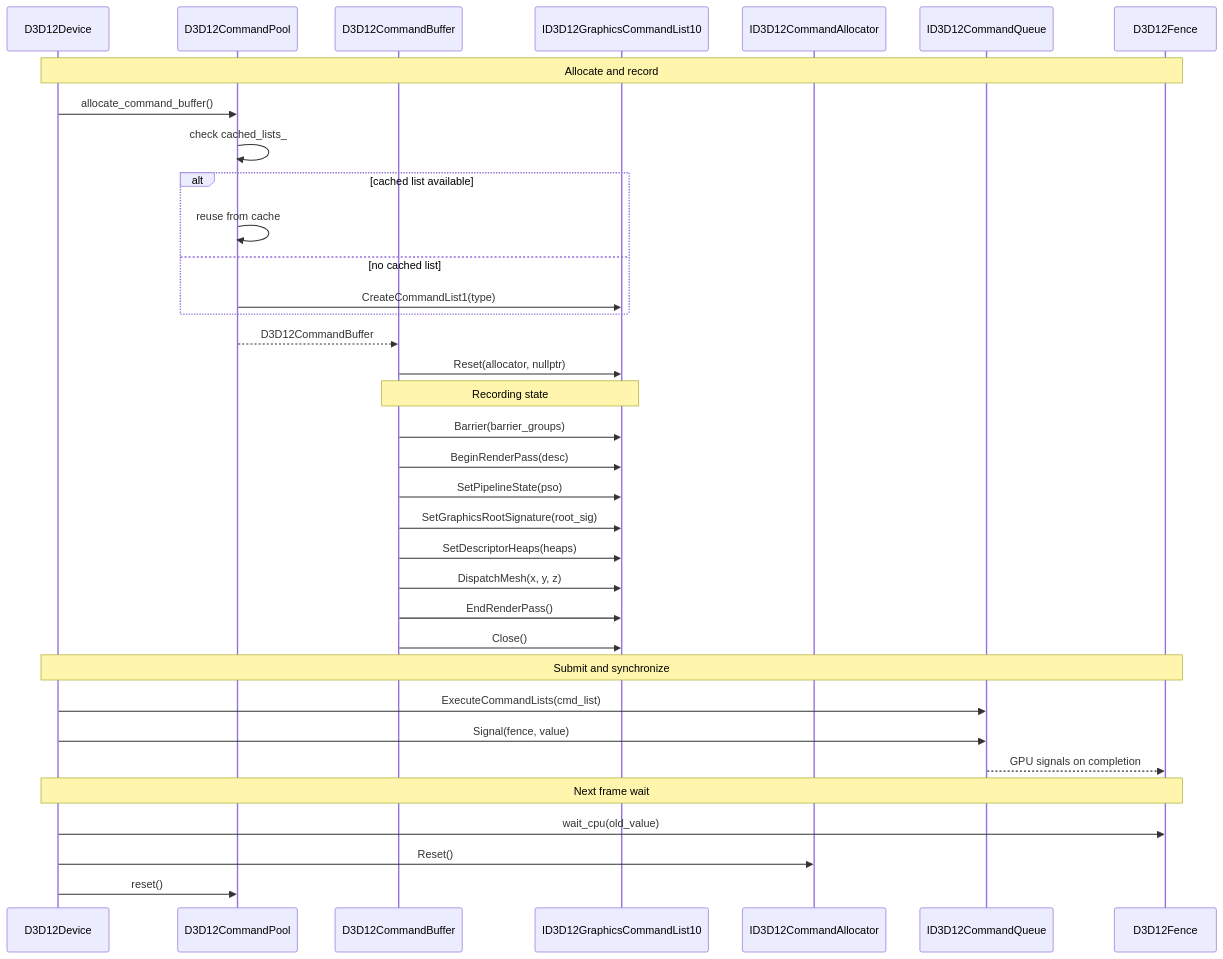
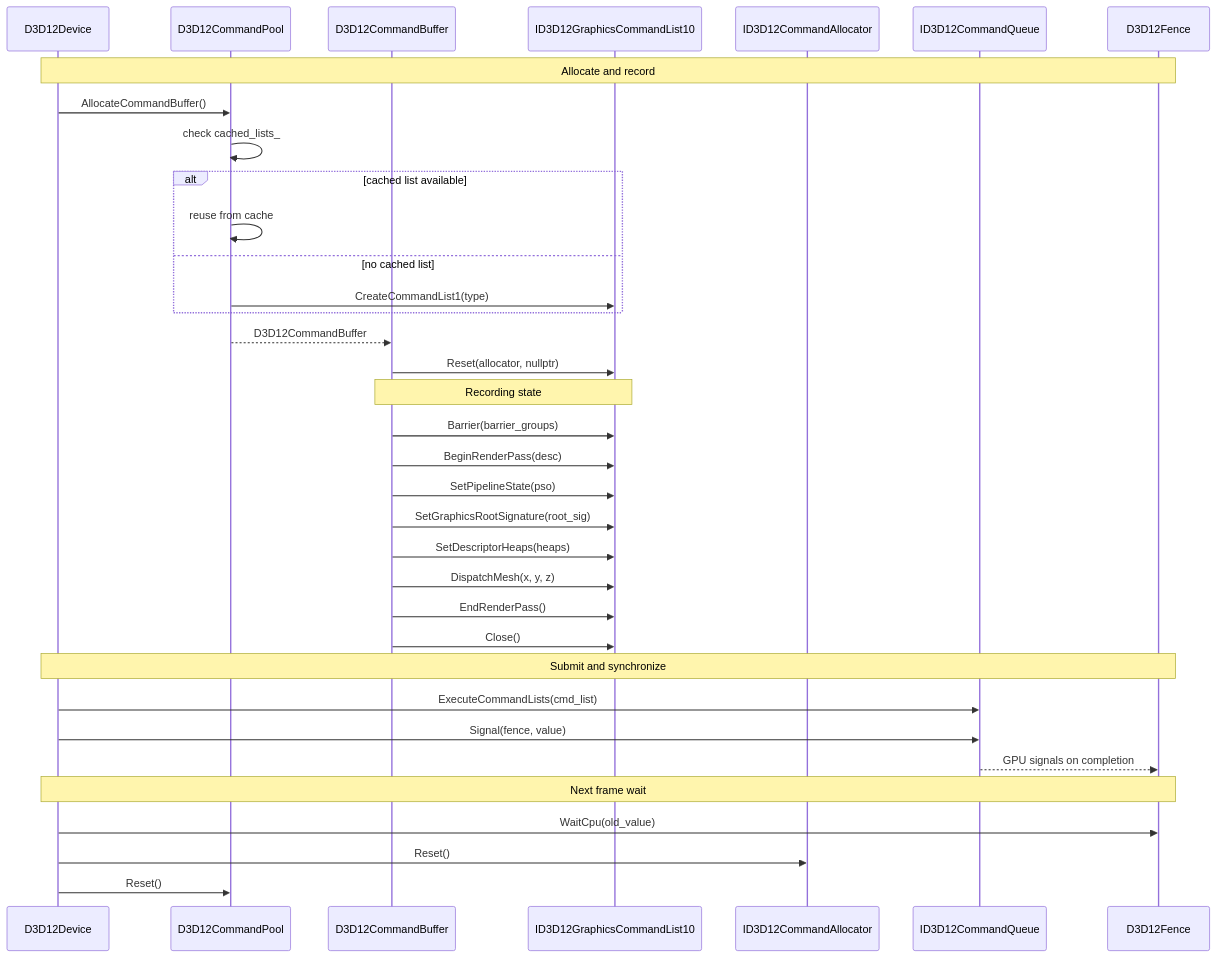
One commit to harmonius-dev/harmonius changed the seventh of 9 diagrams in docs/design/gpu-backend-d3d12-classes.md. Above: the diagram before and after it, drawn with Mermaid. The commit also changed other lines of this file and 67 other files, not shown here.

````diff
--- a/docs/design/gpu-backend-d3d12-classes.md
+++ b/docs/design/gpu-backend-d3d12-classes.md
@@ -504,45 +504,45 @@
 ```mermaid
 sequenceDiagram
     participant Dev as D3D12Device
     participant Pool as D3D12CommandPool
     participant Cmd as D3D12CommandBuffer
     participant List as ID3D12GraphicsCommandList10
     participant Alloc as ID3D12CommandAllocator
     participant Queue as ID3D12CommandQueue
     participant Fence as D3D12Fence
 
     Note over Dev,Fence: Allocate and record
 
-    Dev->>Pool: allocate_command_buffer()
+    Dev->>Pool: AllocateCommandBuffer()
     Pool->>Pool: check cached_lists_
     alt cached list available
         Pool->>Pool: reuse from cache
     else no cached list
         Pool->>List: CreateCommandList1(type)
     end
     Pool-->>Cmd: D3D12CommandBuffer
 
     Cmd->>List: Reset(allocator, nullptr)
     Note over Cmd,List: Recording state
 
     Cmd->>List: Barrier(barrier_groups)
     Cmd->>List: BeginRenderPass(desc)
     Cmd->>List: SetPipelineState(pso)
     Cmd->>List: SetGraphicsRootSignature(root_sig)
     Cmd->>List: SetDescriptorHeaps(heaps)
     Cmd->>List: DispatchMesh(x, y, z)
     Cmd->>List: EndRenderPass()
     Cmd->>List: Close()
 
     Note over Dev,Fence: Submit and synchronize
 
     Dev->>Queue: ExecuteCommandLists(cmd_list)
     Dev->>Queue: Signal(fence, value)
     Queue-->>Fence: GPU signals on completion
 
     Note over Dev,Fence: Next frame wait
 
-    Dev->>Fence: wait_cpu(old_value)
+    Dev->>Fence: WaitCpu(old_value)
     Dev->>Alloc: Reset()
-    Dev->>Pool: reset()
+    Dev->>Pool: Reset()
 ```
````
